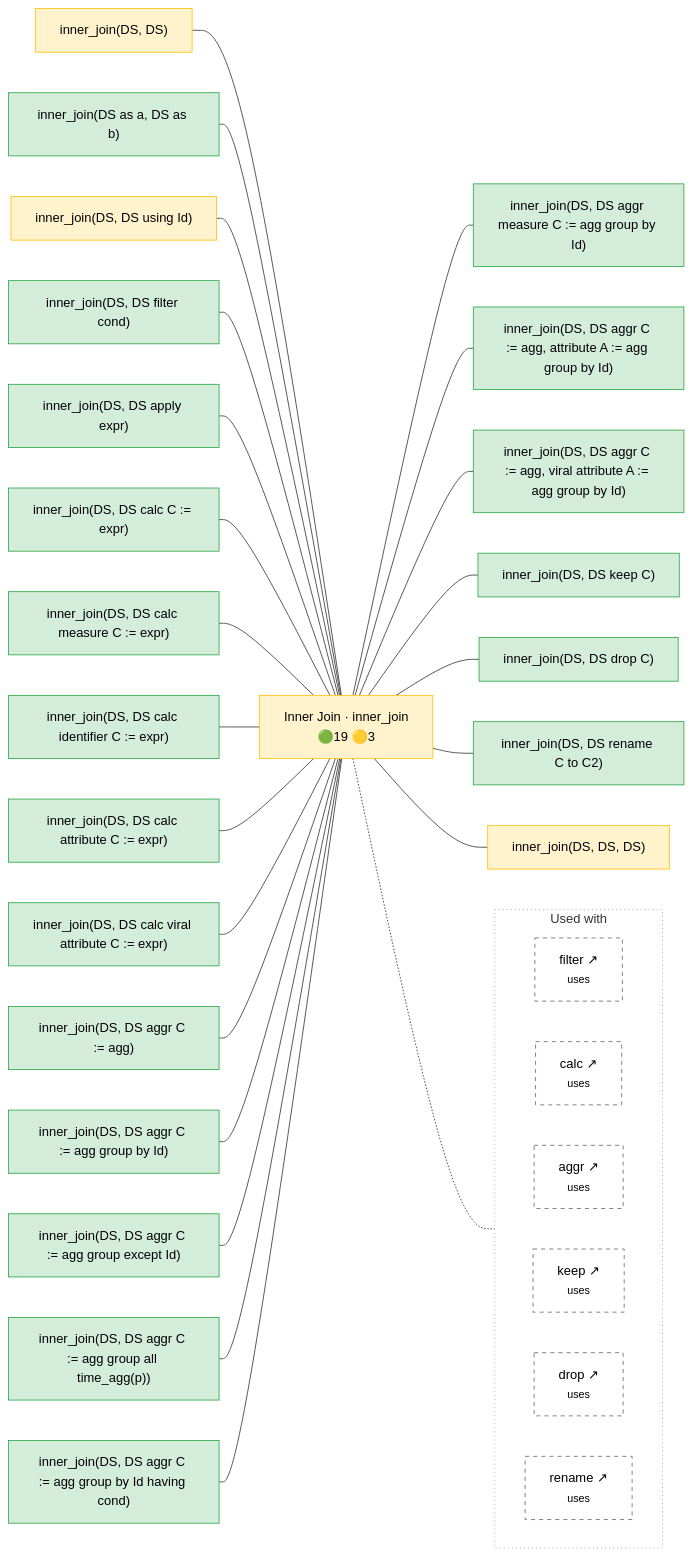
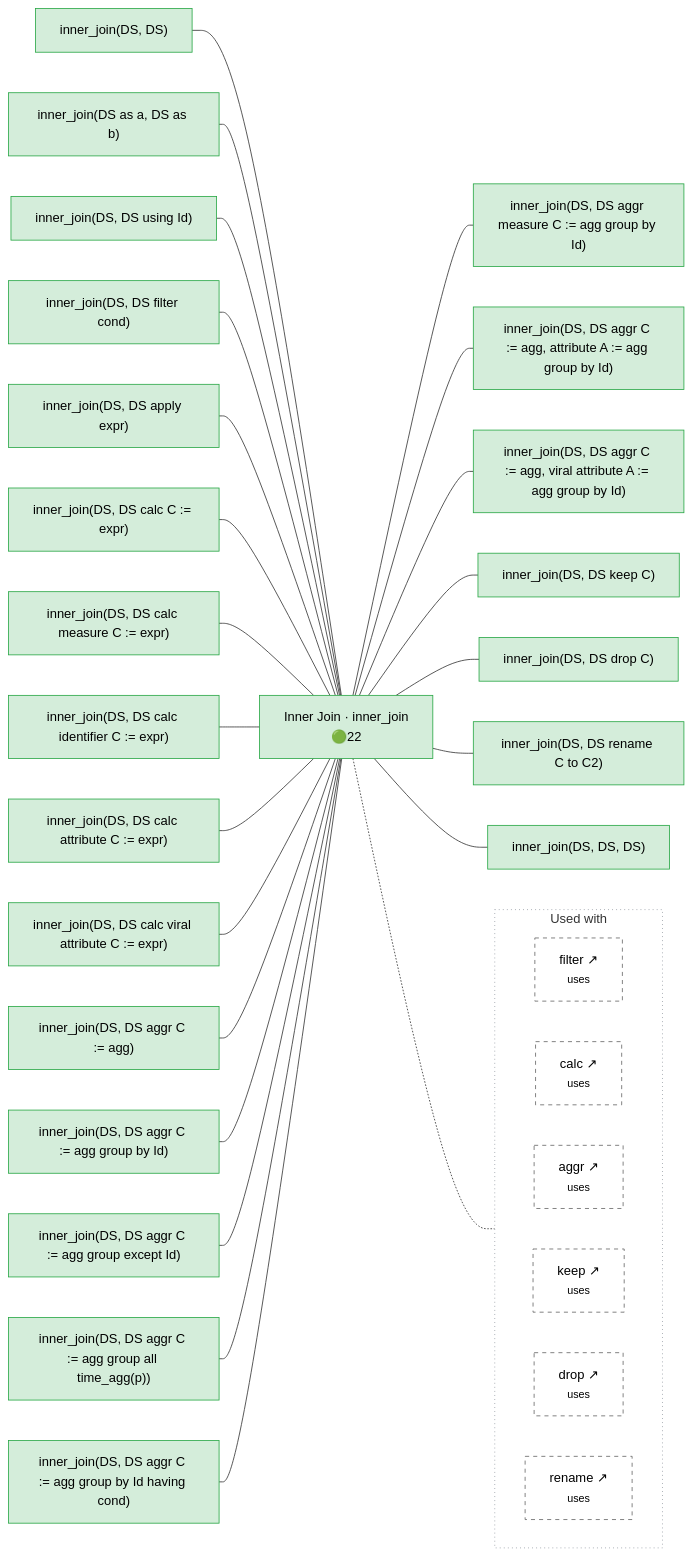
The diagram in docs/operator_map/join/inner_join.rst (Meaningful-Data/vtlengine), drawn with Mermaid before and after one commit. The commit also changed other lines of this file and 140 other files, not shown here.

```diff
--- a/docs/operator_map/join/inner_join.rst
+++ b/docs/operator_map/join/inner_join.rst
@@ -25,10 +25,10 @@
        classDef diverge fill:#cce5ff,stroke:#007bff,color:#000
        classDef block fill:#2b3a4a,stroke:#2b3a4a,color:#fff,font-weight:bold
        classDef ext fill:#fff,stroke:#666,color:#000,stroke-dasharray: 5 5
-       O["Inner Join · inner_join<br/>🟢19 🟡3"]:::partial
-       v_bare["inner_join(DS, DS)"]:::partial
+       O["Inner Join · inner_join<br/>🟢22"]:::ok
+       v_bare["inner_join(DS, DS)"]:::ok
        v_aliases["inner_join(DS as a, DS as b)"]:::ok
-       v_using["inner_join(DS, DS using Id)"]:::partial
+       v_using["inner_join(DS, DS using Id)"]:::ok
        v_filter["inner_join(DS, DS filter cond)"]:::ok
        v_apply["inner_join(DS, DS apply expr)"]:::ok
        v_calc_default["inner_join(DS, DS calc C #58;#61; expr)"]:::ok
@@ -47,7 +47,7 @@
        v_keep["inner_join(DS, DS keep C)"]:::ok
        v_drop["inner_join(DS, DS drop C)"]:::ok
        v_rename["inner_join(DS, DS rename C to C2)"]:::ok
-       v_nary["inner_join(DS, DS, DS)"]:::partial
+       v_nary["inner_join(DS, DS, DS)"]:::ok
        subgraph G_use["Used with"]
            direction LR
            used__clause__filter["filter ↗<br/><small>uses</small>"]:::ext
```
